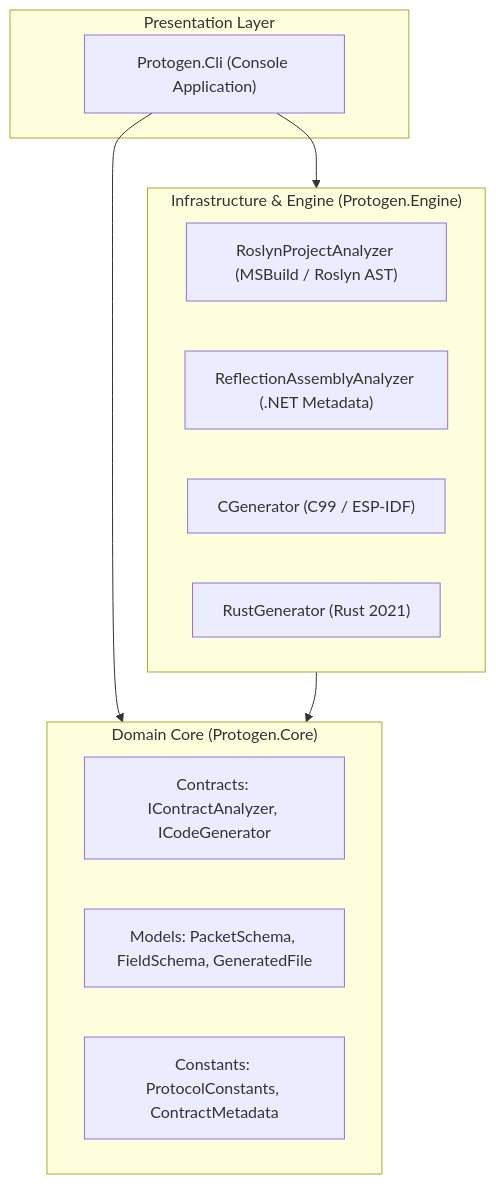
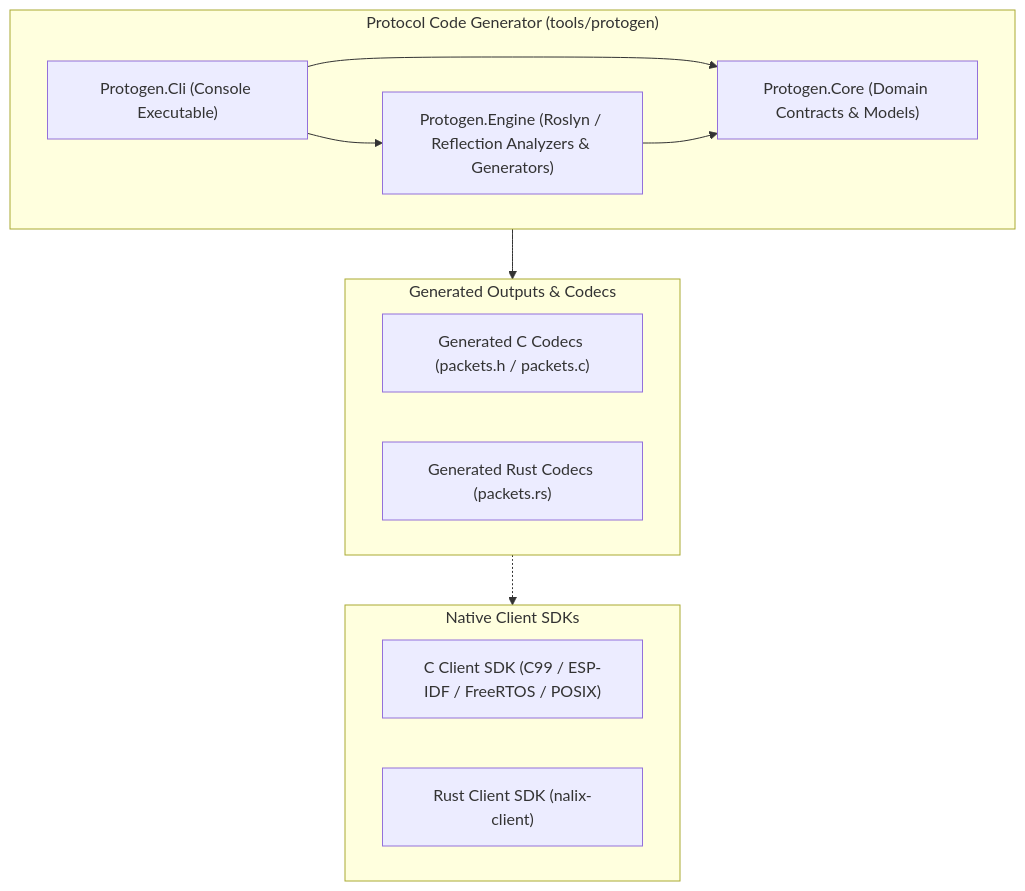
One commit to ppn-systems/nalix-native changed the diagram in docs/ARCHITECTURE.md. Above: the diagram before and after it, drawn with Mermaid. The commit also changed other lines of this file and 51 other files, not shown here.

First line of the commit message:
refactor: reorganize monorepo and implement native client architecture (#3)

````diff
--- a/docs/ARCHITECTURE.md
+++ b/docs/ARCHITECTURE.md
@@ -9,23 +11,24 @@
 ```mermaid
 graph TD
-    subgraph Presentation ["Presentation Layer"]
-        CLI["Protogen.Cli (Console Application)"]
+    subgraph Clients ["Native Client SDKs"]
+        ClientC["C Client SDK (C99 / ESP-IDF / FreeRTOS / POSIX)"]
+        ClientRust["Rust Client SDK (nalix-client)"]
     end
 
-    subgraph Core ["Domain Core (Protogen.Core)"]
-        Contracts["Contracts: IContractAnalyzer, ICodeGenerator"]
-        DomainModels["Models: PacketSchema, FieldSchema, GeneratedFile"]
-        Constants["Constants: ProtocolConstants, ContractMetadata"]
+    subgraph Tooling ["Protocol Code Generator (tools/protogen)"]
+        CLI["Protogen.Cli (Console Executable)"]
+        Core["Protogen.Core (Domain Contracts & Models)"]
+        Engine["Protogen.Engine (Roslyn / Reflection Analyzers & Generators)"]
+        CLI --> Core
+        CLI --> Engine
+        Engine --> Core
     end
 
-    subgraph Engine ["Infrastructure & Engine (Protogen.Engine)"]
-        RoslynAnalyzer["RoslynProjectAnalyzer (MSBuild / Roslyn AST)"]
-        ReflectionAnalyzer["ReflectionAssemblyAnalyzer (.NET Metadata)"]
-        CGen["CGenerator (C99 / ESP-IDF)"]
-        RustGen["RustGenerator (Rust 2021)"]
+    subgraph Outputs ["Generated Outputs & Codecs"]
+        CCodecs["Generated C Codecs (packets.h / packets.c)"]
+        RustCodecs["Generated Rust Codecs (packets.rs)"]
     end
 
-    CLI --> Core
-    CLI --> Engine
-    Engine --> Core
+    Tooling --> Outputs
+    Outputs -.-> Clients
 ```
````
